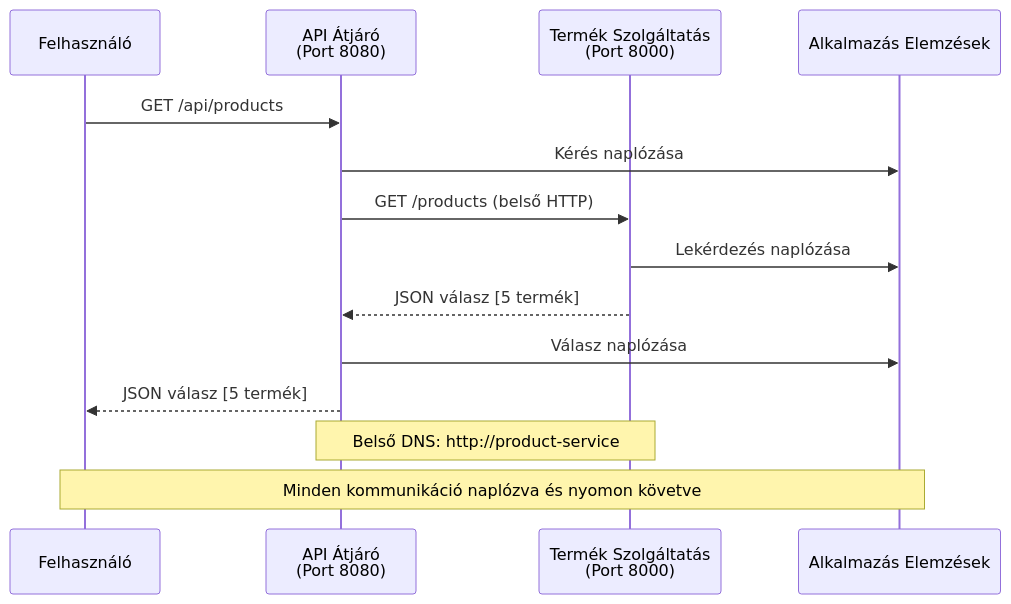
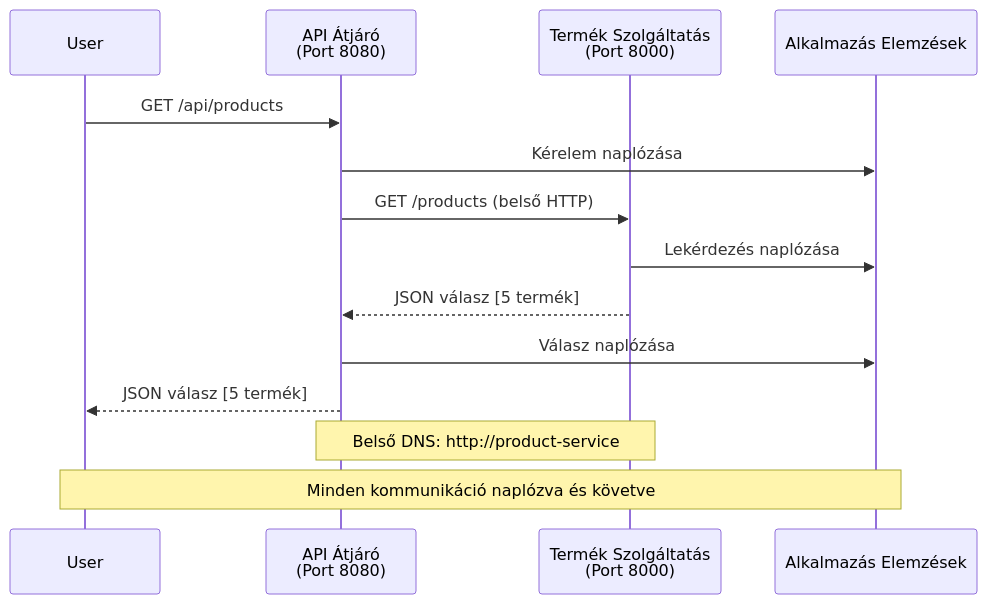
Before and after one commit to microsoft/AZD-for-beginners: the fourth of 4 diagrams in translations/hu/examples/microservices/README.md, drawn with Mermaid. The commit also changed other lines of this file and 243 other files, not shown here.

````diff
--- a/translations/hu/examples/microservices/README.md
+++ b/translations/hu/examples/microservices/README.md
@@ -432,18 +423,18 @@
 ```mermaid
 sequenceDiagram
-    participant User as Felhasználó
+    participant User
     participant Gateway as API Átjáró<br/>(Port 8080)
     participant Product as Termék Szolgáltatás<br/>(Port 8000)
     participant AI as Alkalmazás Elemzések
     
     User->>Gateway: GET /api/products
-    Gateway->>AI: Kérés naplózása
+    Gateway->>AI: Kérelem naplózása
     Gateway->>Product: GET /products (belső HTTP)
     Product->>AI: Lekérdezés naplózása
     Product-->>Gateway: JSON válasz [5 termék]
     Gateway->>AI: Válasz naplózása
     Gateway-->>User: JSON válasz [5 termék]
     
     Note over Gateway,Product: Belső DNS: http://product-service
-    Note over User,AI: Minden kommunikáció naplózva és nyomon követve
+    Note over User,AI: Minden kommunikáció naplózva és követve
 ```
````
